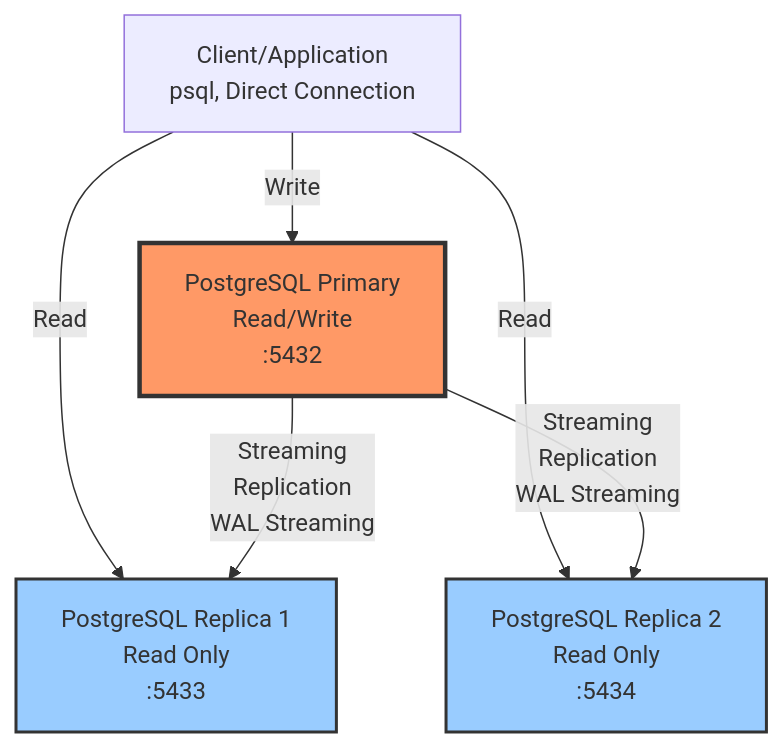
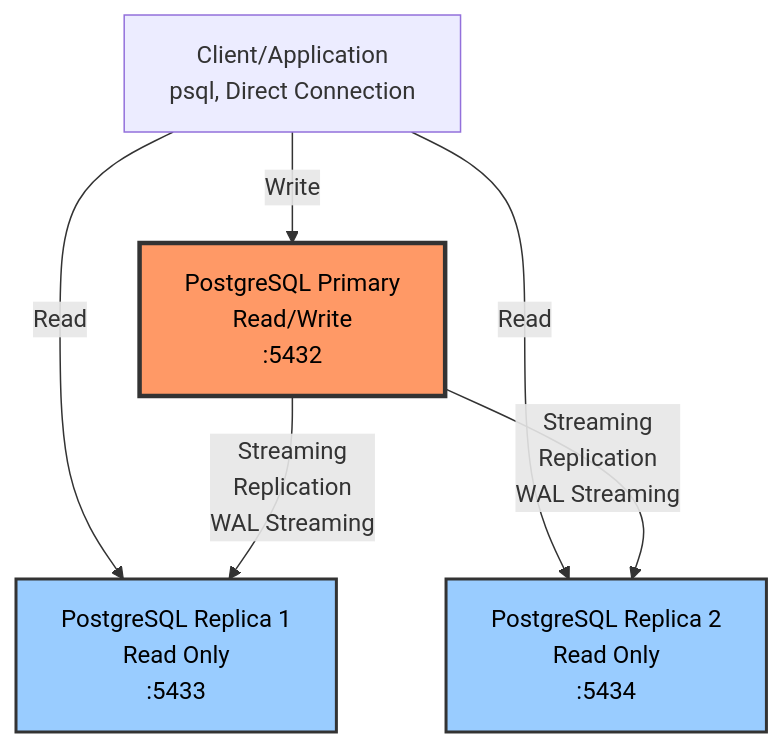
One commit to endymuhardin/training-sre-junior-2025-02 changed the diagram in belajar-ha/demo-2-stateful-ha/README.md. Above: the diagram before and after it, drawn with Mermaid. The commit also changed 3 other files, not shown here.

First line of the commit message:
Perbaikan kontras warna diagram Mermaid untuk dark/light theme

````diff
--- a/belajar-ha/demo-2-stateful-ha/README.md
+++ b/belajar-ha/demo-2-stateful-ha/README.md
@@ -9,19 +9,19 @@
 ```mermaid
 graph TB
     Client[Client/Application<br/>psql, Direct Connection]
 
     Primary[PostgreSQL Primary<br/>Read/Write<br/>:5432]
     Replica1[PostgreSQL Replica 1<br/>Read Only<br/>:5433]
     Replica2[PostgreSQL Replica 2<br/>Read Only<br/>:5434]
 
     Client -->|Write| Primary
     Client -->|Read| Replica1
     Client -->|Read| Replica2
 
     Primary -->|Streaming<br/>Replication<br/>WAL Streaming| Replica1
     Primary -->|Streaming<br/>Replication<br/>WAL Streaming| Replica2
 
-    style Primary fill:#f96,stroke:#333,stroke-width:3px
-    style Replica1 fill:#9cf,stroke:#333,stroke-width:2px
-    style Replica2 fill:#9cf,stroke:#333,stroke-width:2px
+    style Primary fill:#f96,stroke:#333,stroke-width:3px,color:#000
+    style Replica1 fill:#9cf,stroke:#333,stroke-width:2px,color:#000
+    style Replica2 fill:#9cf,stroke:#333,stroke-width:2px,color:#000
 ```
````
